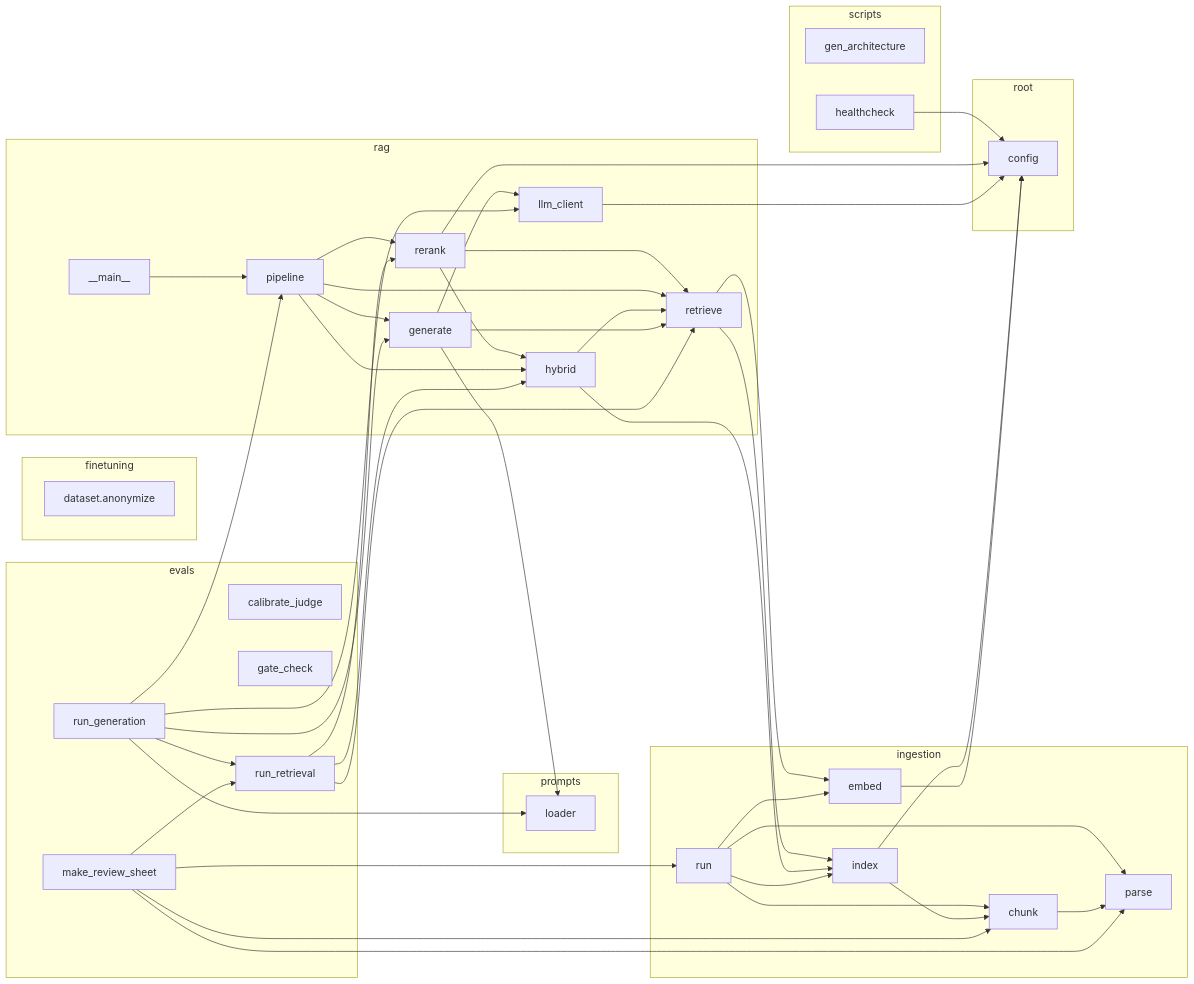
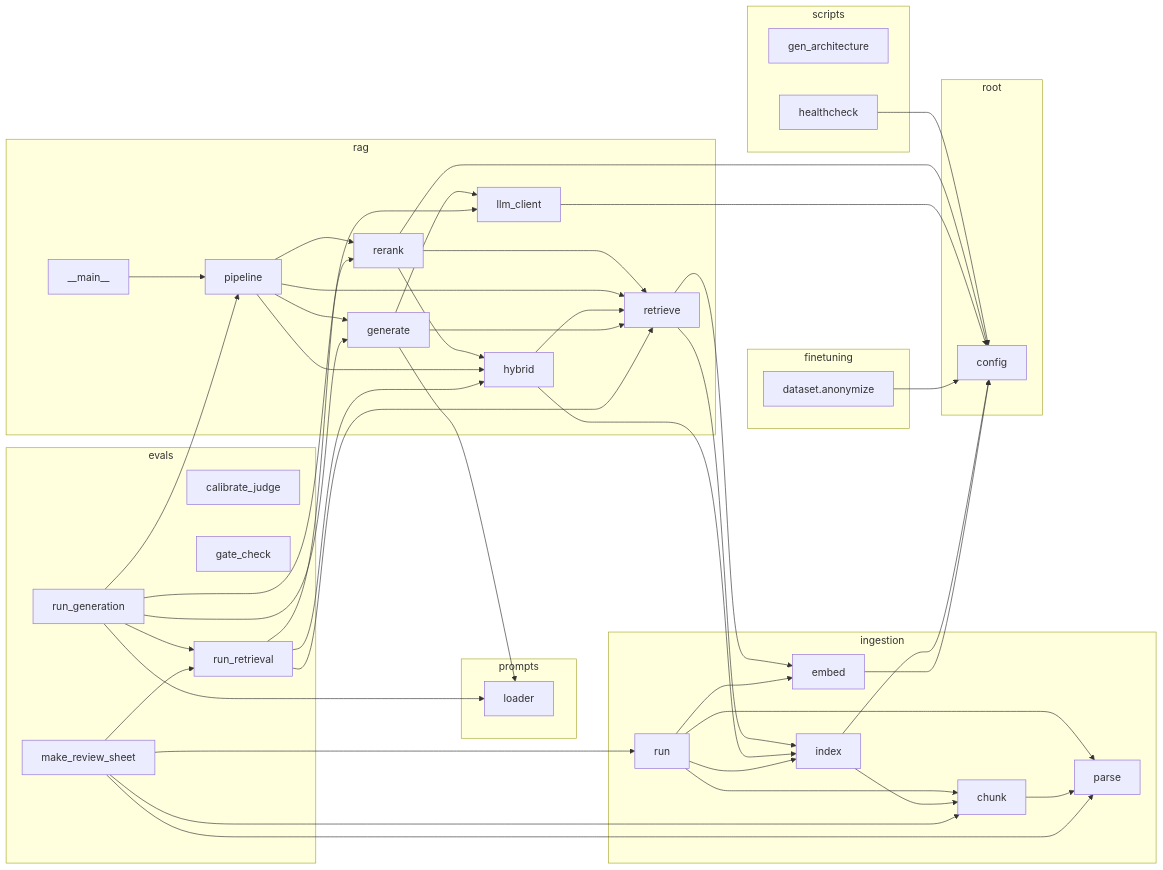
Before and after one commit to zivanaa/lexid: the diagram in ARCHITECTURE.md, drawn with Mermaid. The commit also changed 4 other files, not shown here.

````diff
--- a/ARCHITECTURE.md
+++ b/ARCHITECTURE.md
@@ -6,76 +6,77 @@
 ```mermaid
 graph LR
   subgraph evals
     evals_calibrate_judge["calibrate_judge"]
     evals_gate_check["gate_check"]
     evals_make_review_sheet["make_review_sheet"]
     evals_run_generation["run_generation"]
     evals_run_retrieval["run_retrieval"]
   end
   subgraph finetuning
     finetuning_dataset_anonymize["dataset.anonymize"]
   end
   subgraph ingestion
     ingestion_chunk["chunk"]
     ingestion_embed["embed"]
     ingestion_index["index"]
     ingestion_parse["parse"]
     ingestion_run["run"]
   end
   subgraph prompts
     prompts_loader["loader"]
   end
   subgraph rag
     rag___main__["__main__"]
     rag_generate["generate"]
     rag_hybrid["hybrid"]
     rag_llm_client["llm_client"]
     rag_pipeline["pipeline"]
     rag_rerank["rerank"]
     rag_retrieve["retrieve"]
   end
   subgraph root
     config["config"]
   end
   subgraph scripts
     scripts_gen_architecture["gen_architecture"]
     scripts_healthcheck["healthcheck"]
   end
   evals_make_review_sheet --> evals_run_retrieval
   evals_make_review_sheet --> ingestion_chunk
   evals_make_review_sheet --> ingestion_parse
   evals_make_review_sheet --> ingestion_run
   evals_run_generation --> evals_run_retrieval
   evals_run_generation --> prompts_loader
   evals_run_generation --> rag_generate
   evals_run_generation --> rag_llm_client
   evals_run_generation --> rag_pipeline
   evals_run_retrieval --> rag_hybrid
   evals_run_retrieval --> rag_rerank
   evals_run_retrieval --> rag_retrieve
+  finetuning_dataset_anonymize --> config
   ingestion_chunk --> ingestion_parse
   ingestion_embed --> config
   ingestion_index --> config
   ingestion_index --> ingestion_chunk
   ingestion_run --> ingestion_chunk
   ingestion_run --> ingestion_embed
   ingestion_run --> ingestion_index
   ingestion_run --> ingestion_parse
   rag___main__ --> rag_pipeline
   rag_generate --> prompts_loader
   rag_generate --> rag_llm_client
   rag_generate --> rag_retrieve
   rag_hybrid --> ingestion_index
   rag_hybrid --> rag_retrieve
   rag_llm_client --> config
   rag_pipeline --> rag_generate
   rag_pipeline --> rag_hybrid
   rag_pipeline --> rag_rerank
   rag_pipeline --> rag_retrieve
   rag_rerank --> config
   rag_rerank --> rag_hybrid
   rag_rerank --> rag_retrieve
   rag_retrieve --> ingestion_embed
   rag_retrieve --> ingestion_index
   scripts_healthcheck --> config
 ```
````
